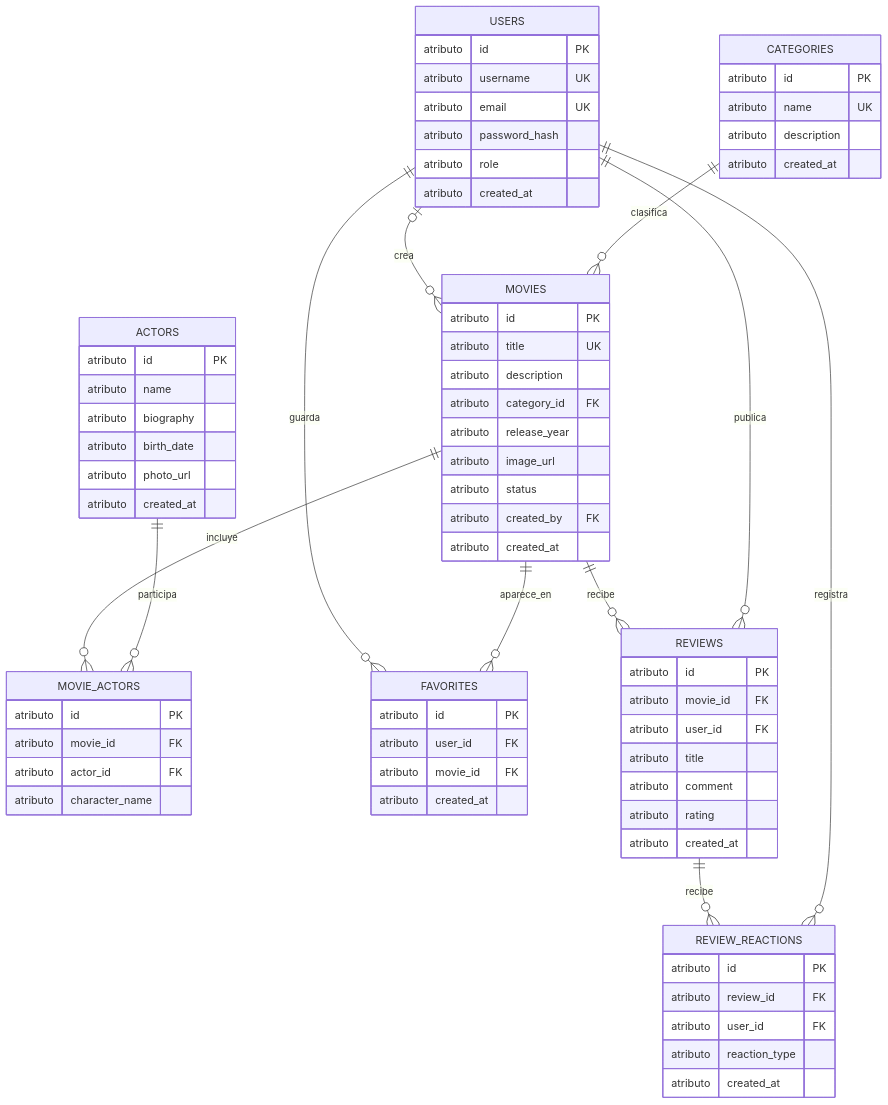
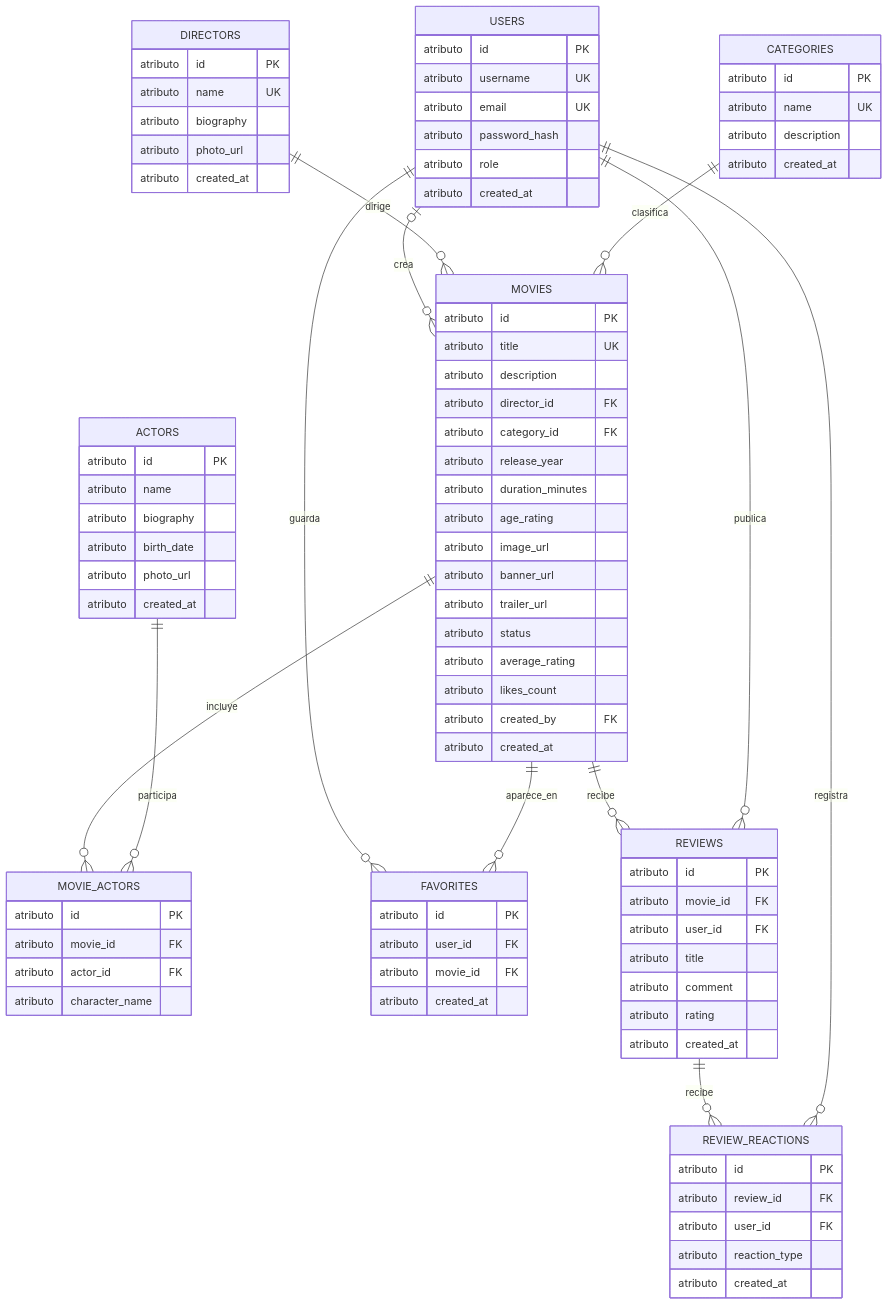
One commit to Anderson-Oloroso/karenflix-backend changed the diagram in database/README.md. Above: the diagram before and after it, drawn with Mermaid. The commit also changed other lines of this file, not shown here.

Commit message:
docs(db): document directors and movie metadata
Update relationships, constraints, and movie attributes.

```diff
--- a/database/README.md
+++ b/database/README.md
@@ -38,11 +38,26 @@
         atributo id PK
         atributo title UK
         atributo description
+        atributo director_id FK
         atributo category_id FK
         atributo release_year
+        atributo duration_minutes
+        atributo age_rating
         atributo image_url
+        atributo banner_url
+        atributo trailer_url
         atributo status
+        atributo average_rating
+        atributo likes_count
         atributo created_by FK
+        atributo created_at
+    }
+
+    DIRECTORS {
+        atributo id PK
+        atributo name UK
+        atributo biography
+        atributo photo_url
         atributo created_at
     }
 
@@ -95,6 +110,7 @@
     }
 
     USERS o|--o{ MOVIES : crea
+    DIRECTORS ||--o{ MOVIES : dirige
     CATEGORIES ||--o{ MOVIES : clasifica
     MOVIES ||--o{ MOVIE_ACTORS : incluye
     ACTORS ||--o{ MOVIE_ACTORS : participa
```
